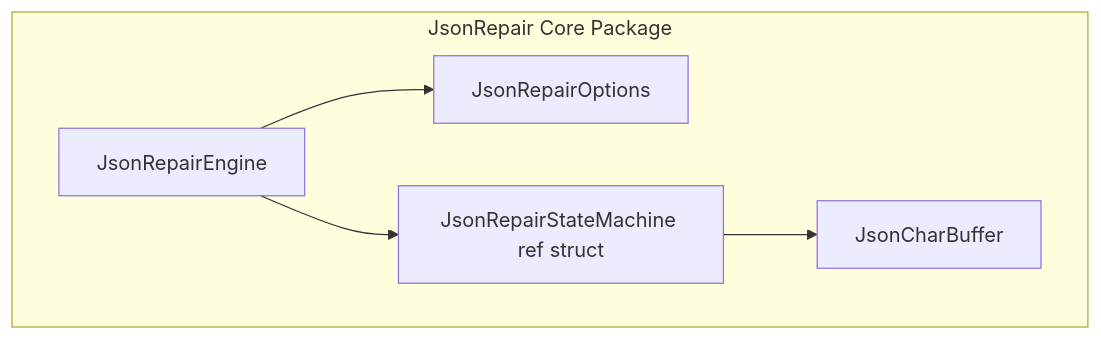
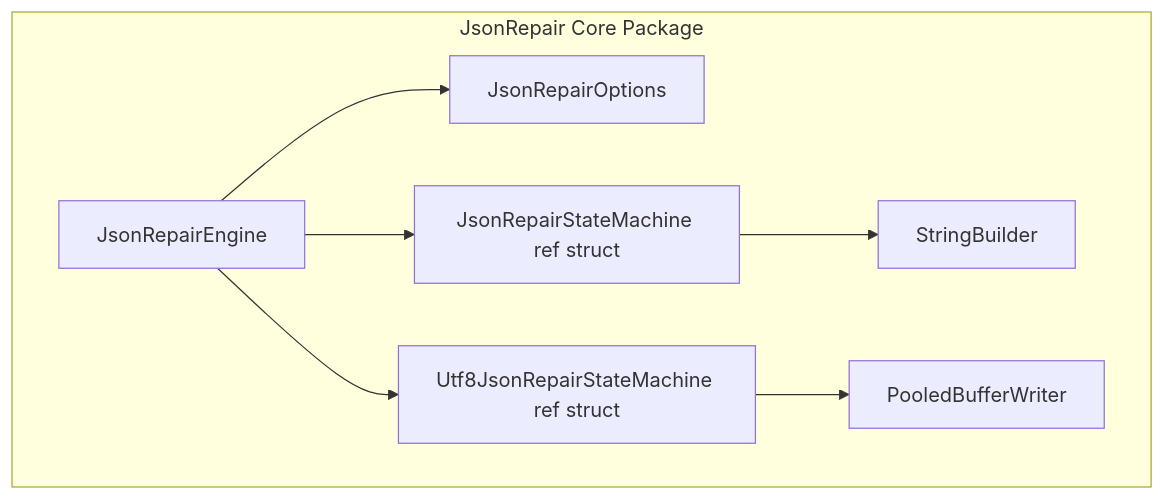
The second of 4 diagrams in docs/arc42-architecture.md (bifteki-crew/JsonRepair.NET), drawn with Mermaid before and after one commit. The commit also changed other lines of this file and 7 other files, not shown here.

````diff
--- a/docs/arc42-architecture.md
+++ b/docs/arc42-architecture.md
@@ -76,13 +76,17 @@
 ```mermaid
 graph TD
     subgraph JsonRepair Core Package
         Engine[JsonRepairEngine]
         Options[JsonRepairOptions]
         SM[JsonRepairStateMachine ref struct]
-        Buffer[JsonCharBuffer]
+        Utf8[Utf8JsonRepairStateMachine ref struct]
+        SB[StringBuilder]
+        Pool[PooledBufferWriter]
     end
 
     Engine --> Options
     Engine --> SM
-    SM --> Buffer
+    Engine --> Utf8
+    SM --> SB
+    Utf8 --> Pool
 ```
````
